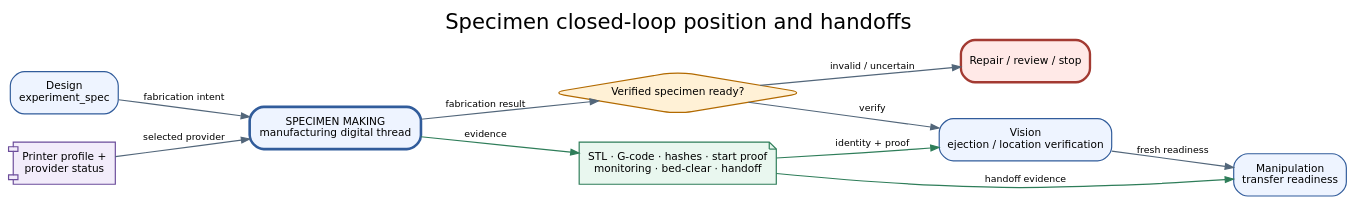
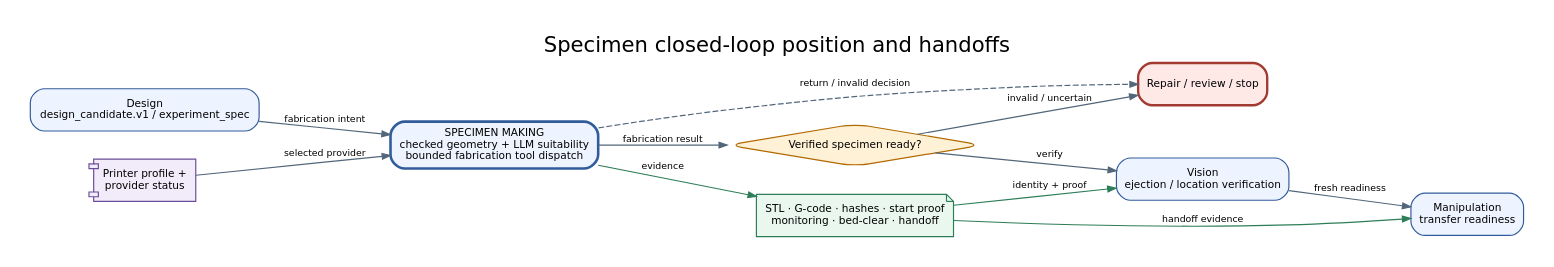
One commit to JIN9811/autonomous_researcher changed the diagram in docs/agents/assets/figures/specimen_01_closed_loop_handoffs.dot. Above: the diagram before and after it, drawn with Graphviz. The commit also changed 21 other files, not shown here.

Commit message:
feat(specimen): add bounded fabrication decision and tool dispatch

```diff
--- a/docs/agents/assets/figures/specimen_01_closed_loop_handoffs.dot
+++ b/docs/agents/assets/figures/specimen_01_closed_loop_handoffs.dot
@@ -1,22 +1,23 @@
 digraph specimen_closed_loop_handoffs {
-  graph [rankdir=LR, bgcolor="transparent", pad="0.25", nodesep="0.34", ranksep="0.55", fontname="DejaVu Sans", label="Specimen closed-loop position and handoffs", labelloc="t", fontsize=18];
+  graph [rankdir=LR, bgcolor="white", pad="0.25", nodesep="0.34", ranksep="0.55", fontname="DejaVu Sans", label="Specimen closed-loop position and handoffs", labelloc="t", fontsize=18];
   node [shape=box, style="rounded,filled", fillcolor="#EEF4FF", color="#315C9B", fontname="DejaVu Sans", fontsize=9, margin="0.10,0.07"];
   edge [color="#52667A", fontname="DejaVu Sans", fontsize=8, arrowsize=0.7];
-  design [label="Design\nexperiment_spec"];
+  design [label="Design\ndesign_candidate.v1 / experiment_spec"];
   printer [label="Printer profile +\nprovider status", shape=component, fillcolor="#F2ECFA", color="#6B4C9A"];
-  specimen [label="SPECIMEN MAKING\nmanufacturing digital thread", penwidth=2.2];
+  specimen [label="SPECIMEN MAKING\nchecked geometry + LLM suitability\nbounded fabrication tool dispatch", penwidth=2.2];
   gate [label="Verified specimen ready?", shape=diamond, fillcolor="#FFF1D6", color="#B26A00"];
   vision [label="Vision\nejection / location verification"];
   manipulation [label="Manipulation\ntransfer readiness"];
   review [label="Repair / review / stop", fillcolor="#FFE9E7", color="#A33A32", penwidth=2];
   evidence [label="STL · G-code · hashes · start proof\nmonitoring · bed-clear · handoff", shape=note, fillcolor="#E9F7EF", color="#2E7D59"];
   design -> specimen [label="fabrication intent"];
   printer -> specimen [label="selected provider"];
   specimen -> gate [label="fabrication result"];
+  specimen -> review [style=dashed, label="return / invalid decision"];
   gate -> vision [label="verify"];
   vision -> manipulation [label="fresh readiness"];
   gate -> review [label="invalid / uncertain"];
   specimen -> evidence [label="evidence", color="#2E7D59"];
   evidence -> vision [label="identity + proof", color="#2E7D59"];
   evidence -> manipulation [label="handoff evidence", color="#2E7D59"];
 }
```
